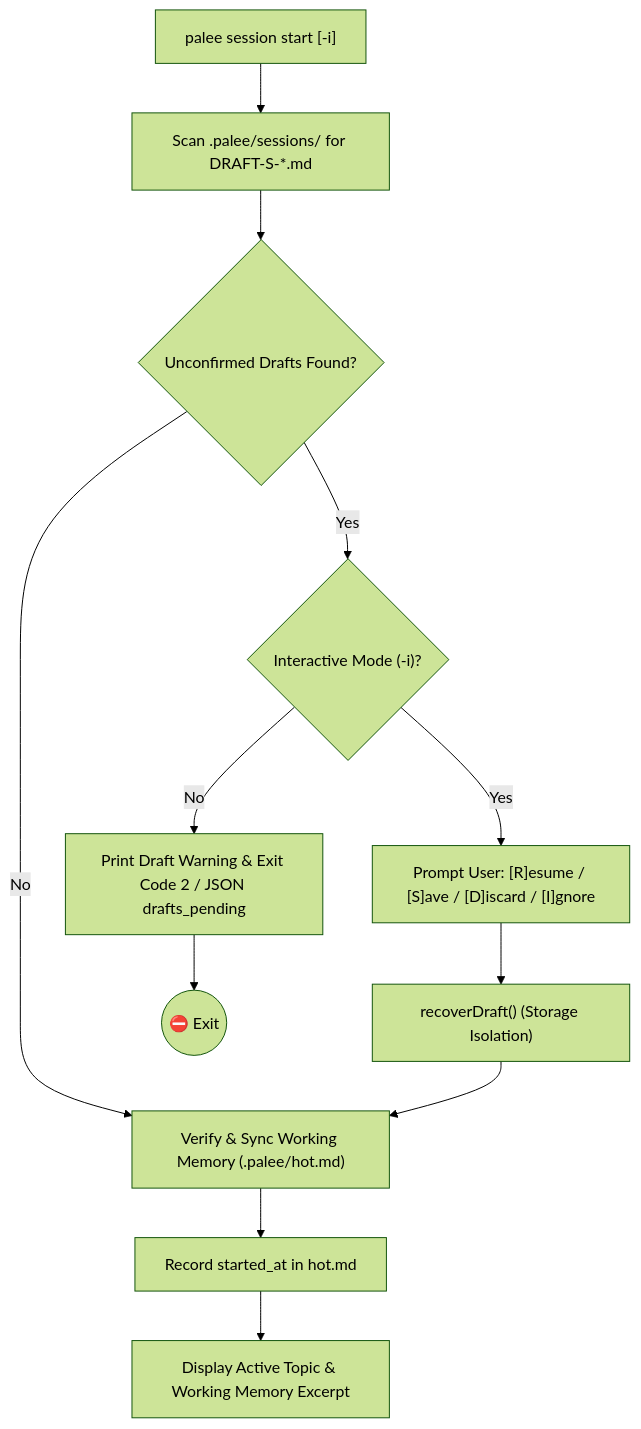
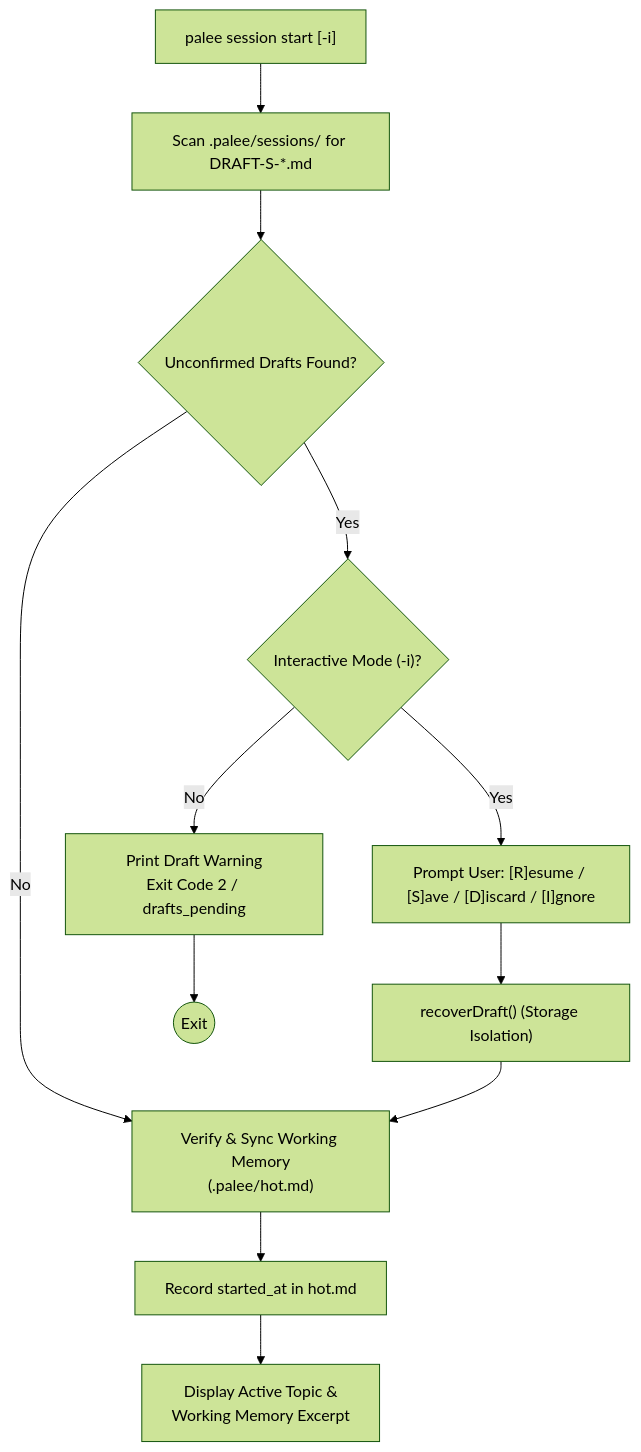
One commit to Kuldeep2822k/cli changed the diagram in docs/02-4-session-management-command.md. Above: the diagram before and after it, drawn with Mermaid (forest theme). The commit also changed 22 other files, not shown here.

First line of the commit message:
docs: resolve documentation audit drift, navigation gaps, and diagram layouts (#189)

````diff
--- a/docs/02-4-session-management-command.md
+++ b/docs/02-4-session-management-command.md
@@ -55,18 +55,18 @@
 ```mermaid
 flowchart TD
     StartCmd["palee session start [-i]"] --> ScanDrafts["Scan .palee/sessions/ for DRAFT-S-*.md"]
     
     ScanDrafts --> HasDrafts{"Unconfirmed Drafts Found?"}
-    HasDrafts -->|"No"| SyncHot["Verify & Sync Working Memory (.palee/hot.md)"]
+    HasDrafts -->|"No"| SyncHot["Verify & Sync Working Memory<br/>(.palee/hot.md)"]
     
     HasDrafts -->|"Yes"| InterCheck{"Interactive Mode (-i)?"}
-    InterCheck -->|"No"| WarnDraft["Print Draft Warning & Exit Code 2 / JSON drafts_pending"]
+    InterCheck -->|"No"| WarnDraft["Print Draft Warning<br/>Exit Code 2 / drafts_pending"]
     InterCheck -->|"Yes"| PromptRecovery["Prompt User: [R]esume / [S]ave / [D]iscard / [I]gnore"]
     
     PromptRecovery --> ExecuteAction["recoverDraft() (Storage Isolation)"]
     ExecuteAction --> SyncHot
-    WarnDraft --> Stop(("⛔ Exit"))
+    WarnDraft --> Stop(("Exit"))
     
     SyncHot --> SetStart["Record started_at in hot.md"]
-    SetStart --> PrintHot["Display Active Topic & Working Memory Excerpt"]
+    SetStart --> PrintHot["Display Active Topic &<br/>Working Memory Excerpt"]
 ```
````
